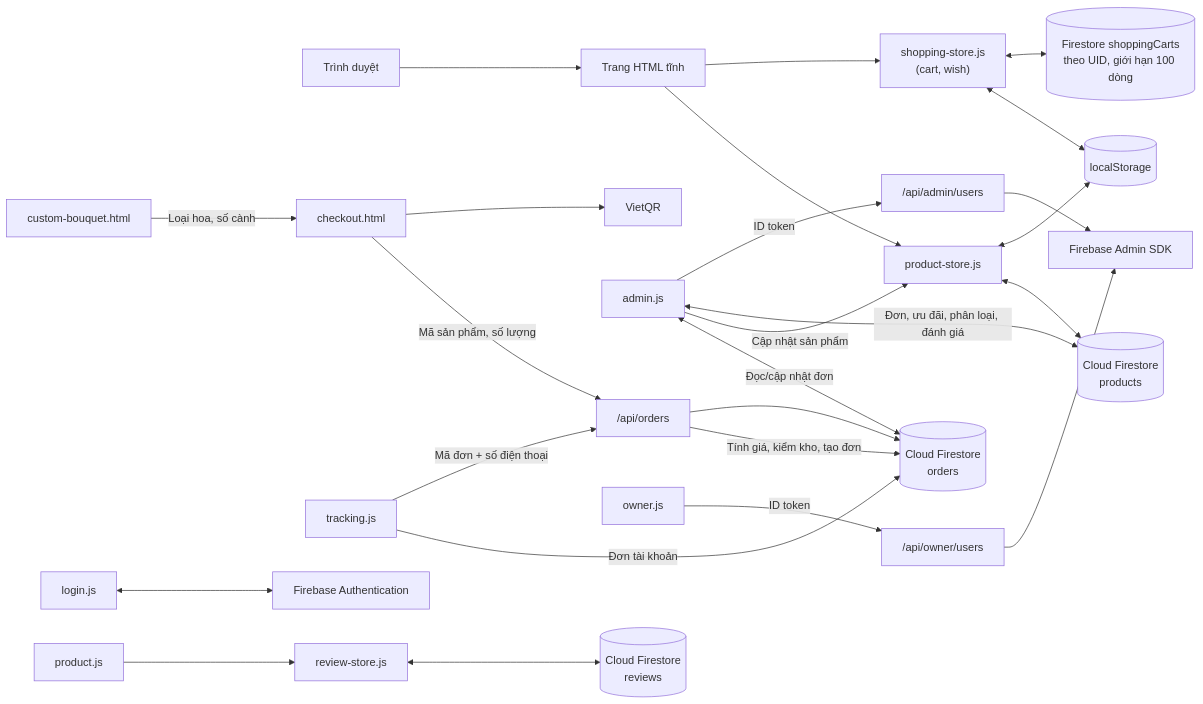
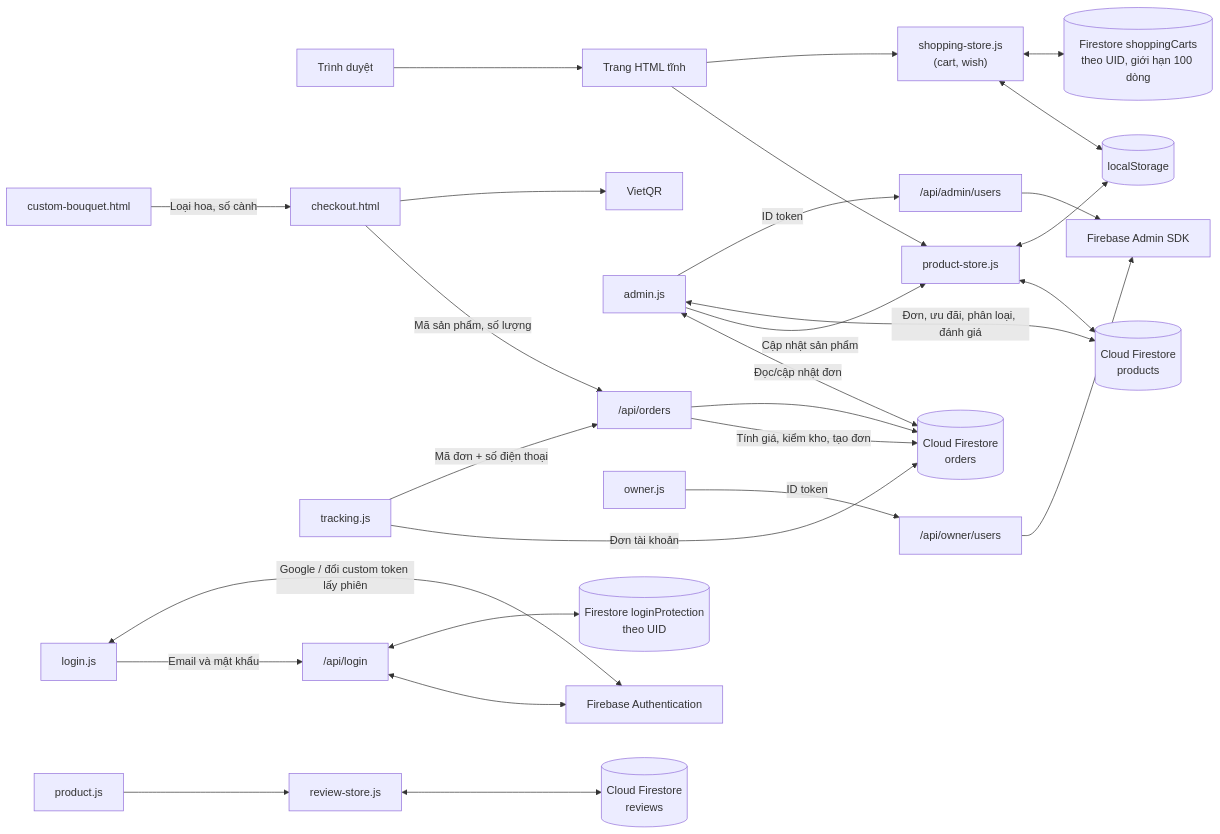
One commit to Rajat24111994/flower.com changed the diagram in flower.com/README.md. Above: the diagram before and after it, drawn with Mermaid. The commit also changed other lines of this file and 77 other files, not shown here.

````diff
--- a/flower.com/README.md
+++ b/flower.com/README.md
@@ -14,23 +14,26 @@
 ```mermaid
 flowchart LR
     Browser[Trình duyệt] --> Pages[Trang HTML tĩnh]
     Pages --> Store["product-store.js"]
     Store <--> Firestore[(Cloud Firestore<br/>products)]
     Store <--> Cache[(localStorage)]
     Custom["custom-bouquet.html"] -->|Loại hoa, số cành| Checkout
     Pages --> Shopping["shopping-store.js<br/>(cart, wish)"] <--> Cache
     Shopping <--> ShoppingCloud[(Firestore shoppingCarts<br/>theo UID, giới hạn 100 dòng)]
     Checkout["checkout.html"] -->|Mã sản phẩm, số lượng| OrderAPI["/api/orders"] -->|Tính giá, kiểm kho, tạo đơn| Orders[(Cloud Firestore<br/>orders)]
     Admin["admin.js"] <-->|Đọc/cập nhật đơn| Orders
     Tracking["tracking.js"] -->|Đơn tài khoản| Orders
     Tracking -->|Mã đơn + số điện thoại| OrderAPI --> Orders
     Checkout --> VietQR[VietQR]
     Admin["admin.js"] -->|Cập nhật sản phẩm| Store
     Admin <-->|Đơn, ưu đãi, phân loại, đánh giá| Firestore
     Admin -->|ID token| AdminAPI["/api/admin/users"]
     Owner["owner.js"] -->|ID token| OwnerAPI["/api/owner/users"]
     AdminAPI --> FirebaseAdmin[Firebase Admin SDK]
     OwnerAPI --> FirebaseAdmin
-    Login["login.js"] <--> Auth[Firebase Authentication]
+    Login["login.js"] -->|Email và mật khẩu| LoginAPI["/api/login"]
+    LoginAPI <--> Auth[Firebase Authentication]
+    LoginAPI <--> LoginProtection[(Firestore loginProtection<br/>theo UID)]
+    Login <-->|Google / đổi custom token lấy phiên| Auth
     Product["product.js"] --> Reviews["review-store.js"] <--> FsReviews[(Cloud Firestore<br/>reviews)]
 ```
````
